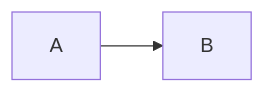
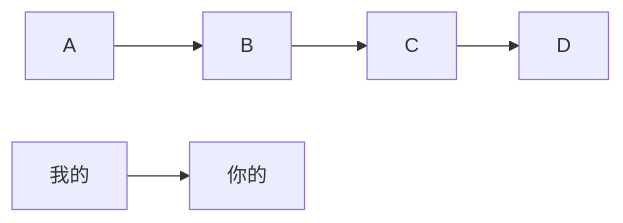
The diagram in docs/README.md (caiyunlin/docsify-editor), drawn with Mermaid before and after one commit. The commit also changed other lines of this file and 5 other files, not shown here.

Commit message:
Support mermaid

````diff
--- a/docs/README.md
+++ b/docs/README.md
@@ -16,4 +5,7 @@
 ```mermaid
 graph LR;
 A --> B
+C --> D
+B --> C
+我的--> 你的
 ```
````
